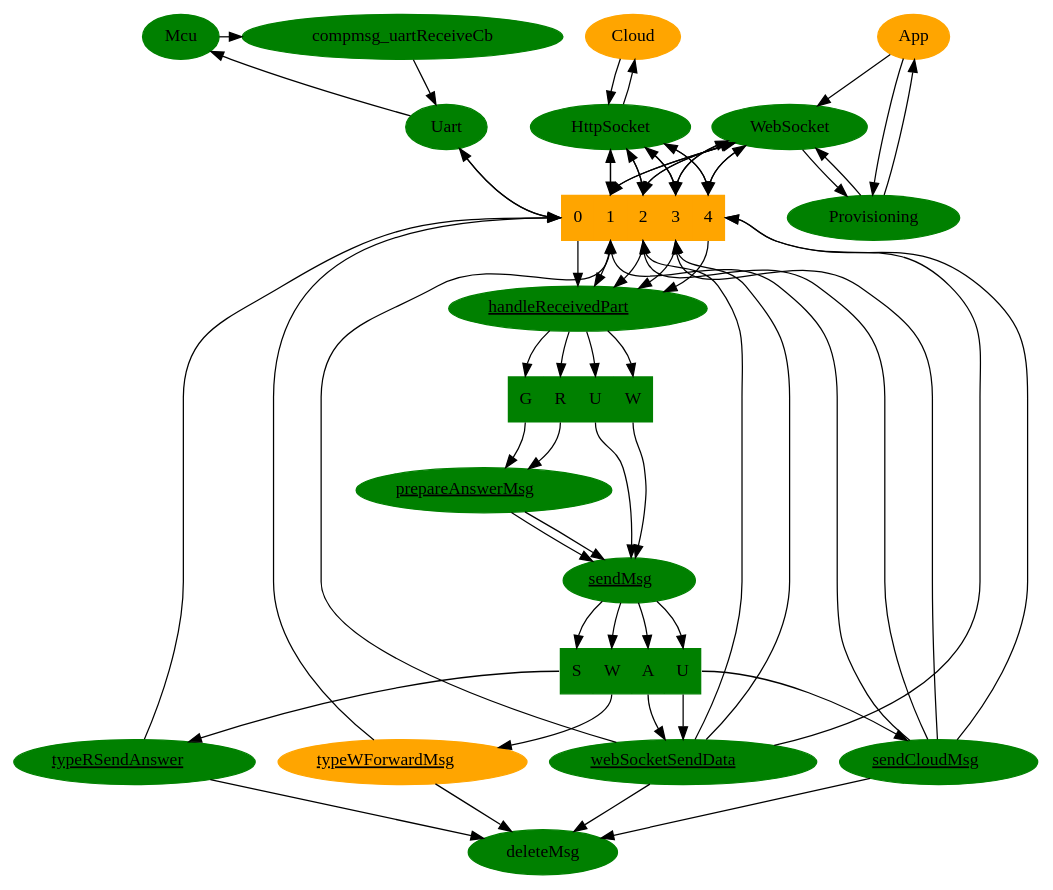
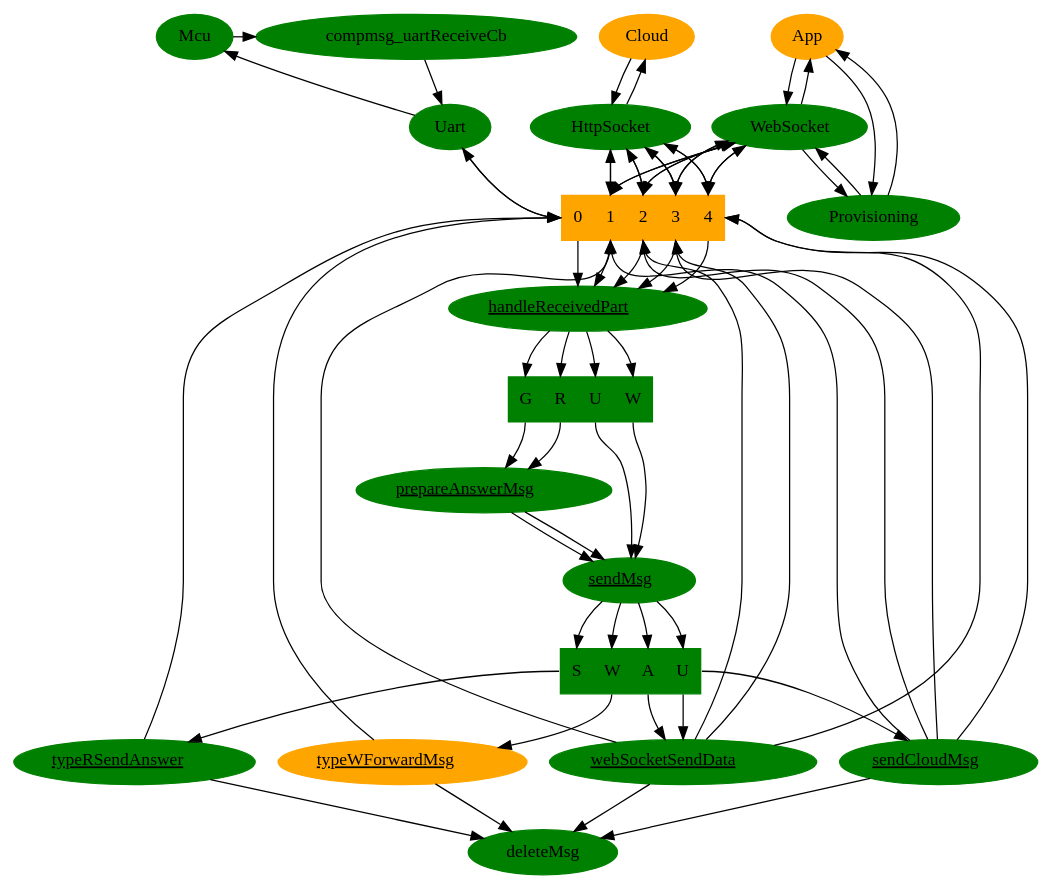
The diagram in dot_files/handleMsg.dot (apwiede/nodemcu), drawn with Graphviz before and after one commit. The commit also changed 1 other file, not shown here.

```diff
--- a/dot_files/handleMsg.dot
+++ b/dot_files/handleMsg.dot
@@ -1,90 +1,91 @@
 digraph G1 {
   compmsg_uartReceiveCb[style="filled", color="green"];
   compmsg_uartReceiveCb -> Uart;
   Mcu[style="filled", color="green"];
   Mcu -> compmsg_uartReceiveCb;
   Queue [style="filled", color="orange", shape=record, label="<f0> 0|<f1> 1|<f2> 2|<f3> 3|<f4> 4"];
   Uart -> Queue:f0;
   Queue:f0 -> Uart;
   Uart -> Mcu;
   Uart[style="filled", color="green"];
   WebSocket[style="filled", color="green"];
   App[style="filled", color="orange"];
   App -> Provisioning;
   Provisioning[style="filled", color="green"];
   Provisioning -> WebSocket;
   Provisioning -> App;
   App -> WebSocket;
+  WebSocket -> App;
   WebSocket -> Provisioning;
   WebSocket -> Queue:f1;
   WebSocket -> Queue:f2;
   WebSocket -> Queue:f3;
   WebSocket -> Queue:f4;
   Queue:f1 -> WebSocket;
   Queue:f2 -> WebSocket;
   Queue:f3 -> WebSocket;
   Queue:f4 -> WebSocket;
   Cloud[style="filled", color="orange"];
   Cloud -> HttpSocket;
   HttpSocket -> Cloud;
   HttpSocket[style="filled", color="green"];
   HttpSocket -> Queue:f1;
   HttpSocket -> Queue:f2;
   HttpSocket -> Queue:f3;
   HttpSocket -> Queue:f4;
   {rank=same; "compmsg_uartReceiveCb"; "Mcu"; "App"; "Cloud";}
   {rank=same; "Uart"; "WebSocket"; "HttpSocket";}
   Queue:f1 -> HttpSocket;
   Queue:f2 -> HttpSocket;
   Queue:f3 -> HttpSocket;
   Queue:f4 -> HttpSocket;
   Queue:f0 -> handleReceivedPart;
   Queue:f1 -> handleReceivedPart;
   Queue:f2 -> handleReceivedPart;
   Queue:f3 -> handleReceivedPart;
   Queue:f4 -> handleReceivedPart;
   handleReceivedPart[style="filled", color="green", label=<<u>handleReceivedPart</u>> URL="\ref grp_handleReceivedPart"];
   prepareAnswerMsg[style="filled", color="green", label=<<u>prepareAnswerMsg</u>> URL="\ref grp_prepareAnswerMsg"];
   receiveMsgSwitch [style="filled", color="green", shape=record, label="<f0> G|<f1> R|<f2> U|<f3> W"];
   handleReceivedPart -> receiveMsgSwitch:f0;
   handleReceivedPart -> receiveMsgSwitch:f1;
   handleReceivedPart -> receiveMsgSwitch:f2;
   handleReceivedPart -> receiveMsgSwitch:f3;
   receiveMsgSwitch:f0 -> prepareAnswerMsg;
   receiveMsgSwitch:f1 -> prepareAnswerMsg;
   prepareAnswerMsg -> sendMsg;
   prepareAnswerMsg -> sendMsg;
   receiveMsgSwitch:f2 -> sendMsg
   receiveMsgSwitch:f3 -> sendMsg
   sendMsg[style="filled", color="green", label=<<u>sendMsg</u>> URL="\ref sendMsg"];
   sendMsg -> sendMsgSwitch:f0;
   sendMsg -> sendMsgSwitch:f1;
   sendMsg -> sendMsgSwitch:f2
   sendMsg -> sendMsgSwitch:f3
   sendMsgSwitch [style="filled", color="green",shape=record, label="<f0> S|<f1> W|<f2> A|<f3> U"];
   sendMsgSwitch:f2 -> webSocketSendData;
   sendMsgSwitch:f0 -> typeRSendAnswer;
   sendMsgSwitch:f3 -> webSocketSendData;
   sendMsgSwitch:f3 -> sendCloudMsg;
   sendMsgSwitch:f1 -> typeWForwardMsg;
   typeRSendAnswer[style="filled", color="green", label=<<u>typeRSendAnswer</u>> URL="\ref typeRSendAnswer"];
   sendCloudMsg[style="filled", color="green", label=<<u>sendCloudMsg</u>> URL="\ref grp_sendCloudMsg"];
   webSocketSendData[style="filled", color="green", label=<<u>webSocketSendData</u>> URL="\ref websocketSendData"];
   webSocketSendData -> Queue:f1;
   webSocketSendData -> Queue:f2;
   webSocketSendData -> Queue:f3;
   webSocketSendData -> Queue:f4;
   sendCloudMsg -> Queue:f1;
   sendCloudMsg -> Queue:f2;
   sendCloudMsg -> Queue:f3;
   sendCloudMsg -> Queue:f4;
   {rank=same; "typeRSendAnswer"; "typeWForwardMsg"; "webSocketSendData"; "sendCloudMsg";}
   typeWForwardMsg[style="filled", color="orange", label=<<u>typeWForwardMsg</u>> URL="\ref forwardMsg"];
   typeRSendAnswer -> Queue:f0;
   typeWForwardMsg -> Queue:f0;
   typeRSendAnswer -> deleteMsg;
   typeWForwardMsg -> deleteMsg;
   deleteMsg[style="filled", color="green"];
   sendCloudMsg -> deleteMsg;
   webSocketSendData -> deleteMsg;
 }
```
